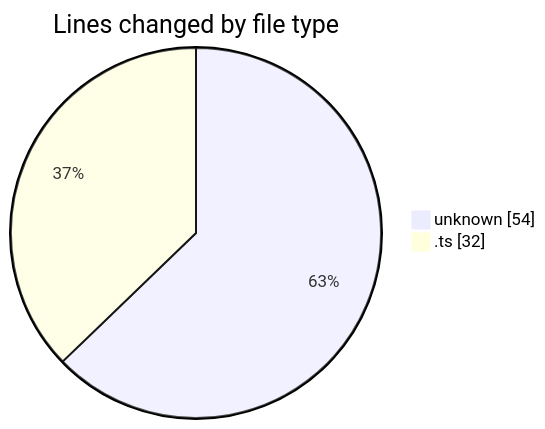
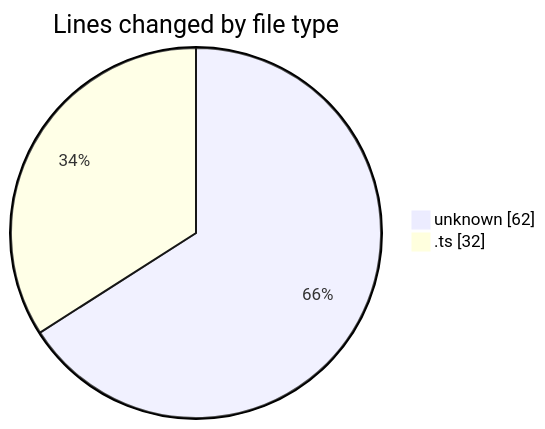
Before and after one commit to Elitesun/code-tracking: the first of 2 diagrams in 2025-05-17/niten/README.md, drawn with Mermaid. The commit also changed other lines of this file and 1 other file, not shown here.

````diff
--- a/2025-05-17/niten/README.md
+++ b/2025-05-17/niten/README.md
@@ -21,6 +22,6 @@
 ```mermaid
 pie showData
 title Lines changed by file type
-"unknown" : 54
+"unknown" : 62
 ".ts" : 32
 ```
````
